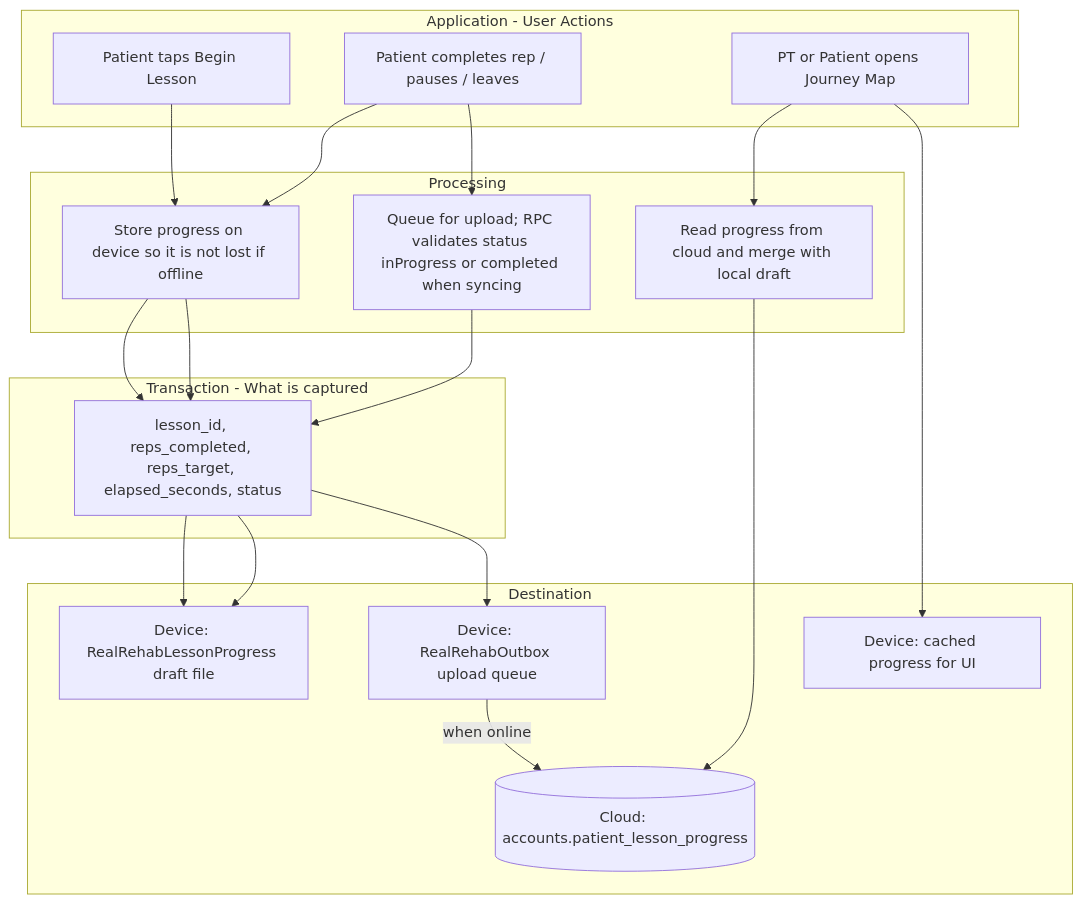
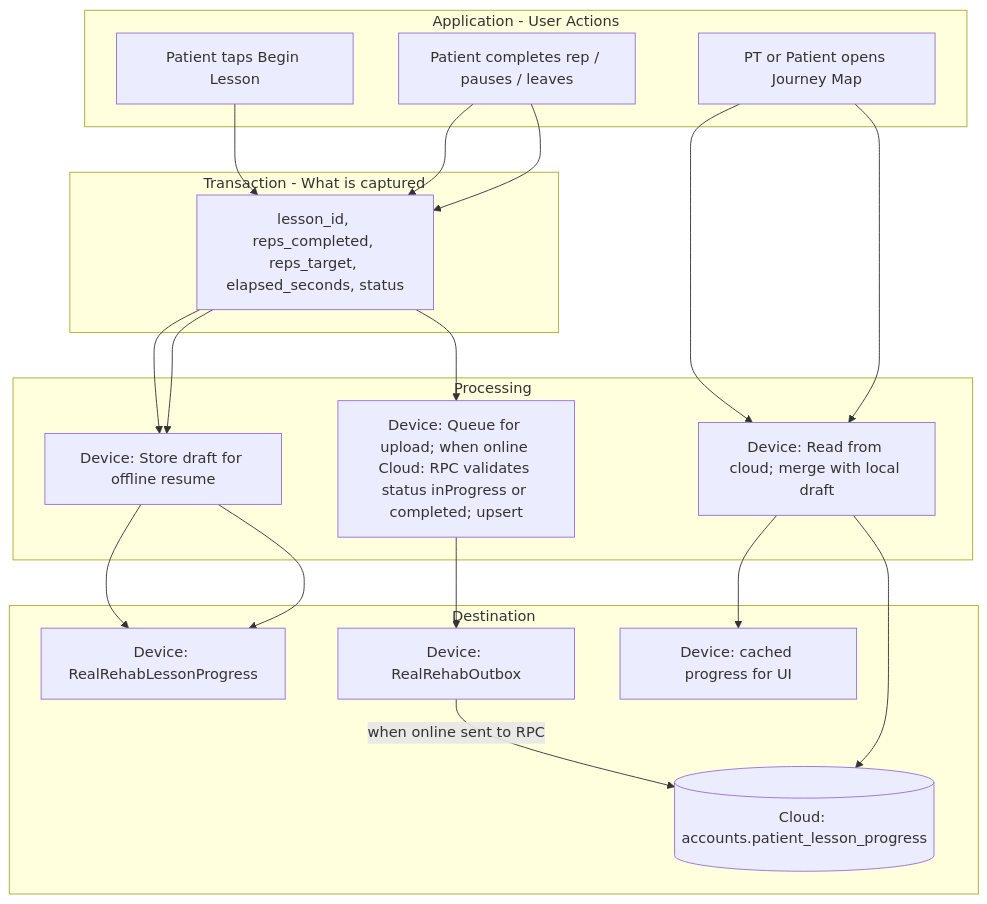
The seventh of 8 diagrams in docs/DATA_FLOW.md (seanja5/realrehab-mvp), drawn with Mermaid before and after one commit. The commit also changed other lines of this file, not shown here.

First line of the commit message:
docs: clarify device vs cloud processing in DATA_FLOW module flows

````diff
--- a/docs/DATA_FLOW.md
+++ b/docs/DATA_FLOW.md
@@ -413,32 +441,32 @@
 ```mermaid
 flowchart TB
     subgraph appH [Application - User Actions]
         AH1[Patient taps Begin Lesson]
         AH2[Patient completes rep / pauses / leaves]
         AH3[PT or Patient opens Journey Map]
     end
 
-    subgraph procH [Processing]
-        PH1[Store progress on device so it is not lost if offline]
-        PH2[Queue for upload; RPC validates status inProgress or completed when syncing]
-        PH3[Read progress from cloud and merge with local draft]
-    end
-
     subgraph txH [Transaction - What is captured]
         TH1[lesson_id, reps_completed, reps_target, elapsed_seconds, status]
     end
 
+    subgraph procH [Processing]
+        PH1[Device: Store draft for offline resume]
+        PH2[Device: Queue for upload; when online Cloud: RPC validates status inProgress or completed; upsert]
+        PH3[Device: Read from cloud; merge with local draft]
+    end
+
     subgraph destH [Destination]
-        DH1[Device: RealRehabLessonProgress draft file]
-        DH2[Device: RealRehabOutbox upload queue]
+        DH1[Device: RealRehabLessonProgress]
+        DH2[Device: RealRehabOutbox]
         DH3[(Cloud: accounts.patient_lesson_progress)]
         DH4[Device: cached progress for UI]
     end
 
-    AH1 --> PH1 --> TH1 --> DH1
-    AH2 --> PH1 --> TH1 --> DH1
-    AH2 --> PH2 --> TH1 --> DH2
-    DH2 -->|when online| DH3
+    AH1 --> TH1 --> PH1 --> DH1
+    AH2 --> TH1 --> PH1 --> DH1
+    AH2 --> TH1 --> PH2 --> DH2
+    DH2 -->|when online sent to RPC| DH3
     AH3 --> PH3 --> DH3
-    AH3 --> DH4
+    AH3 --> PH3 --> DH4
 ```
````
